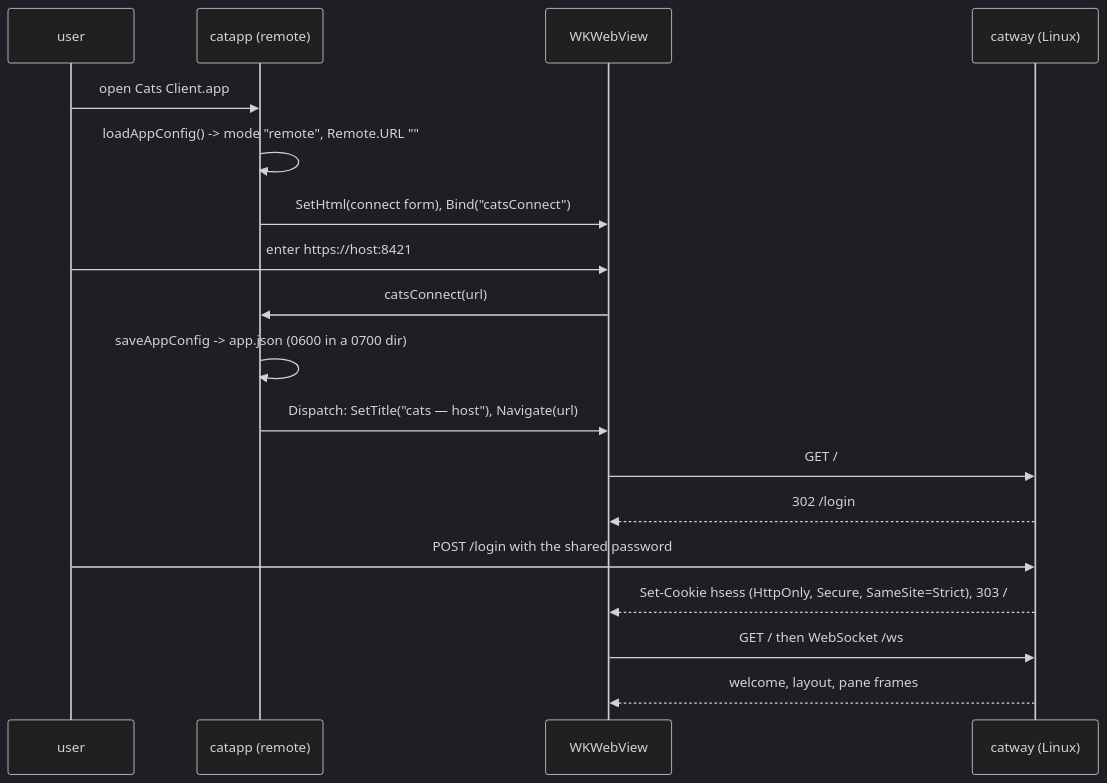
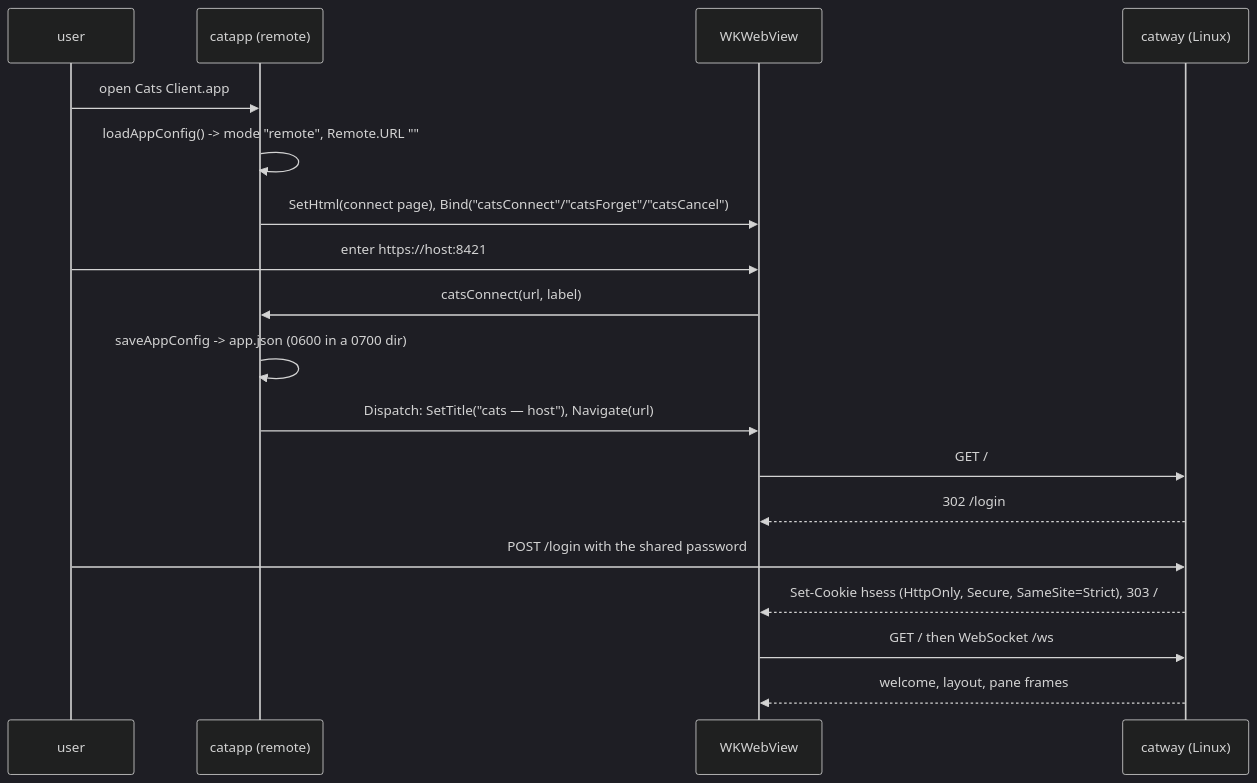
Before and after one commit to rohanthewiz/cats: the second of 4 diagrams in docs/architecture/mac-client-linux-server.md, drawn with Mermaid (dark theme). The commit also changed other lines of this file and 6 other files, not shown here.

First line of the commit message:
remote-dream phase 6f: host presets for Cats Client.app

````diff
--- a/docs/architecture/mac-client-linux-server.md
+++ b/docs/architecture/mac-client-linux-server.md
@@ -70,21 +70,21 @@
 ```mermaid
 sequenceDiagram
   participant U as user
   participant APP as catapp (remote)
   participant WK as WKWebView
   participant GW as catway (Linux)
 
   U->>APP: open Cats Client.app
   APP->>APP: loadAppConfig() -> mode "remote", Remote.URL ""
-  APP->>WK: SetHtml(connect form), Bind("catsConnect")
+  APP->>WK: SetHtml(connect page), Bind("catsConnect"/"catsForget"/"catsCancel")
   U->>WK: enter https://host:8421
-  WK->>APP: catsConnect(url)
+  WK->>APP: catsConnect(url, label)
   APP->>APP: saveAppConfig -> app.json (0600 in a 0700 dir)
   APP->>WK: Dispatch: SetTitle("cats — host"), Navigate(url)
   WK->>GW: GET /
   GW-->>WK: 302 /login
   U->>GW: POST /login with the shared password
   GW-->>WK: Set-Cookie hsess (HttpOnly, Secure, SameSite=Strict), 303 /
   WK->>GW: GET / then WebSocket /ws
   GW-->>WK: welcome, layout, pane frames
 ```
````
